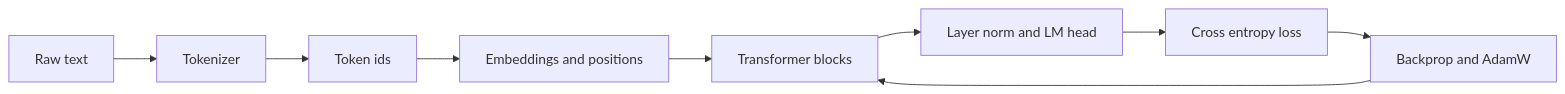
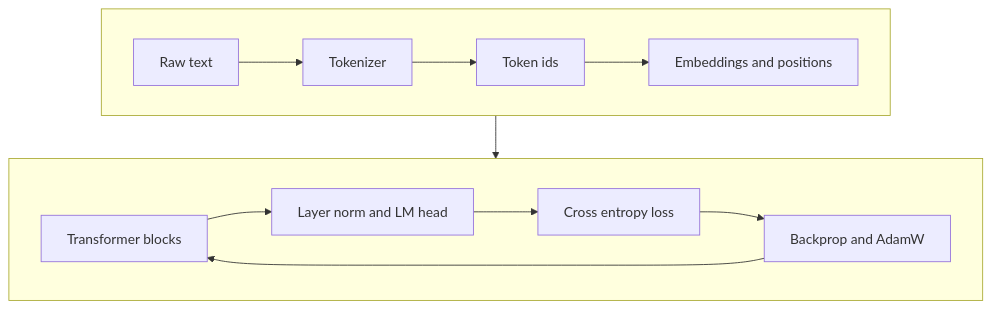
The first of 2 diagrams in posts/2026-02-14-karpathys-microgpt-from-scratch.md (mbarlow/research), drawn with Mermaid before and after one commit. The commit also changed 30 other files, not shown here.

````diff
--- a/posts/2026-02-14-karpathys-microgpt-from-scratch.md
+++ b/posts/2026-02-14-karpathys-microgpt-from-scratch.md
@@ -29,11 +29,13 @@
 ```mermaid
-flowchart LR
-    A["Raw text"] --> B["Tokenizer"]
-    B --> C["Token ids"]
-    C --> D["Embeddings and positions"]
-    D --> E["Transformer blocks"]
-    E --> F["Layer norm and LM head"]
-    F --> G["Cross entropy loss"]
-    G --> H["Backprop and AdamW"]
+flowchart TB
+    subgraph r1 [" "]
+        direction LR
+        A["Raw text"] --> B["Tokenizer"] --> C["Token ids"] --> D["Embeddings and positions"]
+    end
+    subgraph r2 [" "]
+        direction LR
+        E["Transformer blocks"] --> F["Layer norm and LM head"] --> G["Cross entropy loss"] --> H["Backprop and AdamW"]
+    end
+    D --> E
     H --> E
 ```
````
